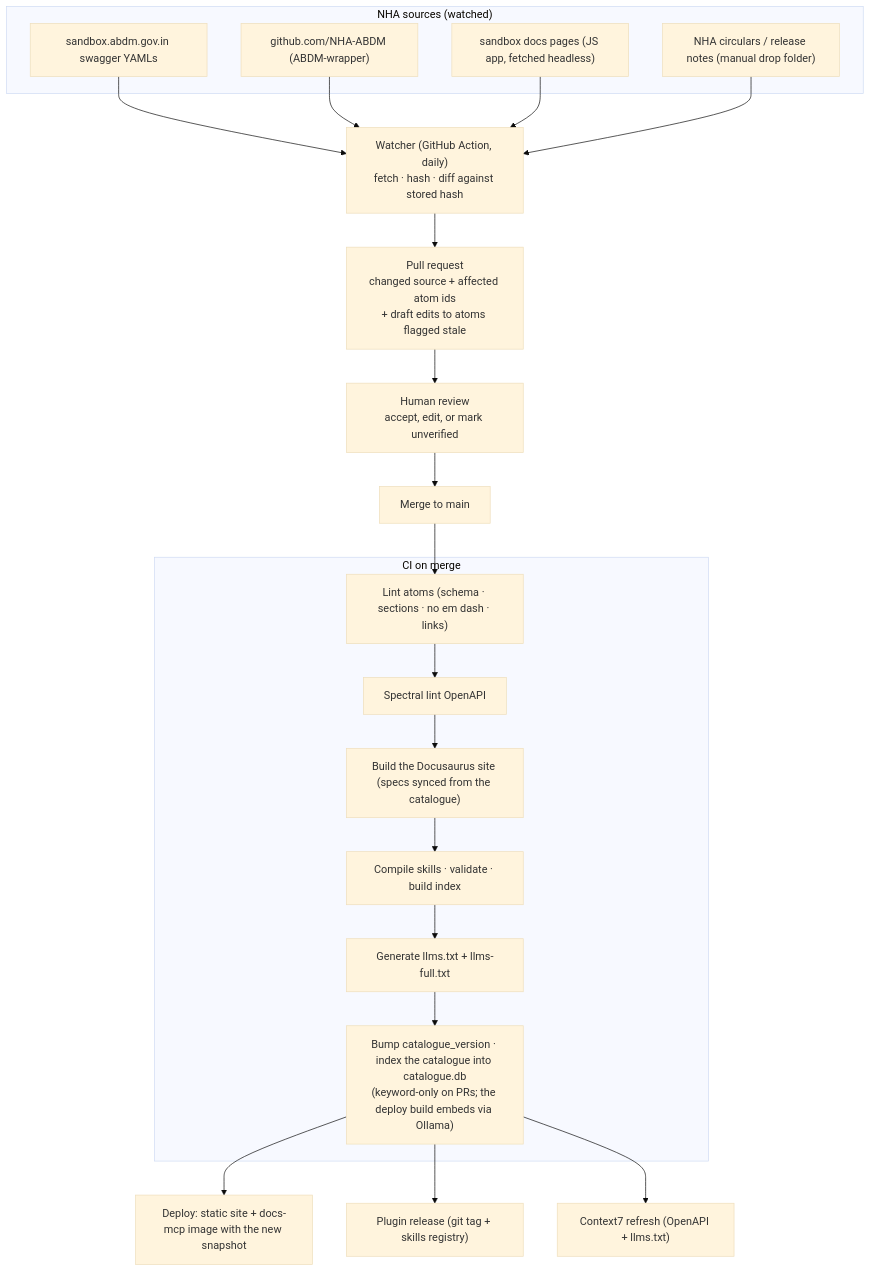
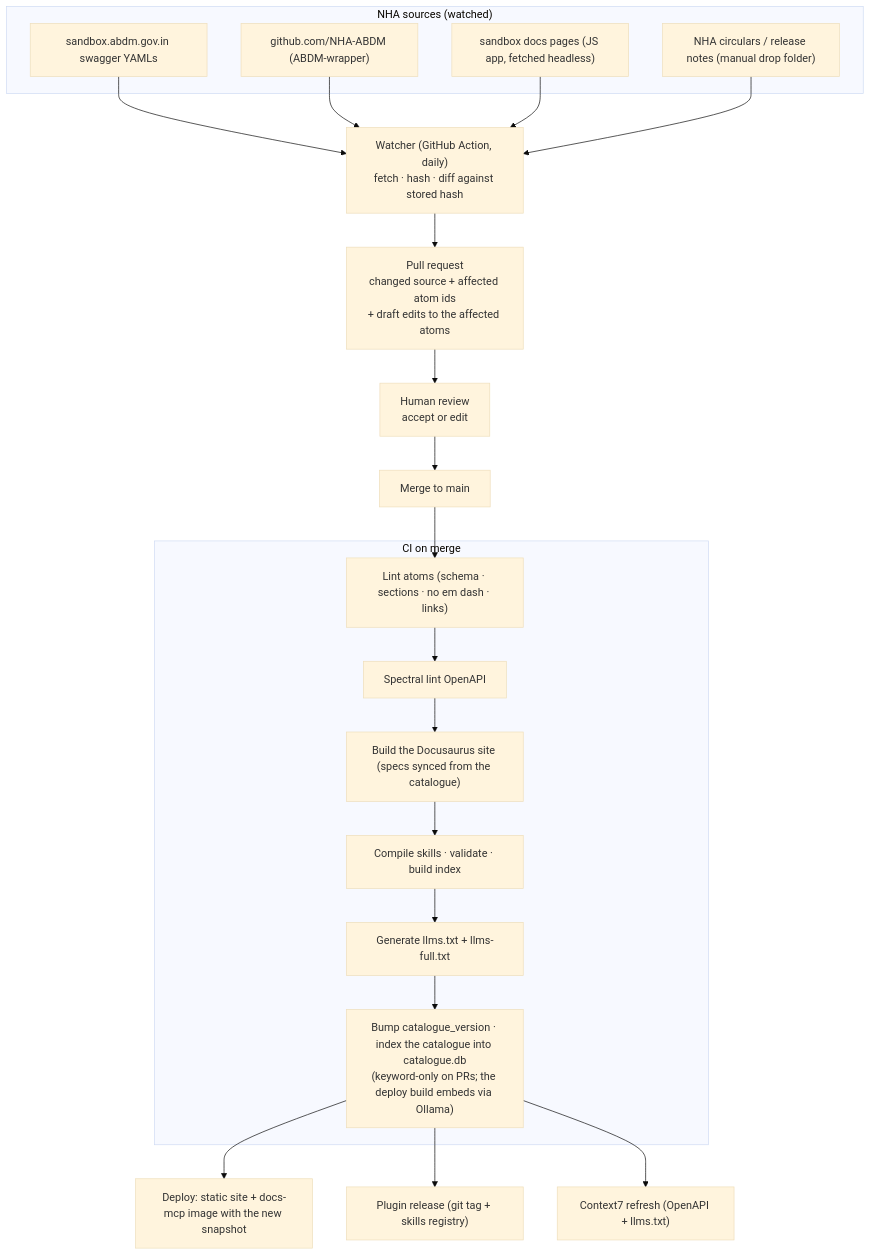
The sixth of 9 diagrams in plan/abdm-v1-phase1-architecture-and-plan.md (nha-in/docs), drawn with Mermaid (base theme) before and after one commit. The commit also changed other lines of this file and 820 other files, not shown here.

````diff
--- a/plan/abdm-v1-phase1-architecture-and-plan.md
+++ b/plan/abdm-v1-phase1-architecture-and-plan.md
@@ -374,33 +369,33 @@
 ```mermaid
 flowchart TB
     subgraph SOURCES["NHA sources (watched)"]
         S1["sandbox.abdm.gov.in swagger YAMLs"]
         S2["github.com/NHA-ABDM (ABDM-wrapper)"]
         S3["sandbox docs pages (JS app, fetched headless)"]
         S4["NHA circulars / release notes (manual drop folder)"]
     end
     W["Watcher (GitHub Action, daily)<br/>fetch · hash · diff against stored hash"]
-    PR["Pull request<br/>changed source + affected atom ids<br/>+ draft edits to atoms flagged stale"]
-    REV["Human review<br/>accept, edit, or mark unverified"]
+    PR["Pull request<br/>changed source + affected atom ids<br/>+ draft edits to the affected atoms"]
+    REV["Human review<br/>accept or edit"]
     MERGE["Merge to main"]
     subgraph BUILD["CI on merge"]
         B1["Lint atoms (schema · sections · no em dash · links)"]
         B2["Spectral lint OpenAPI"]
         B3["Build the Docusaurus site (specs synced from the catalogue)"]
         B4["Compile skills · validate · build index"]
         B5["Generate llms.txt + llms-full.txt"]
         B6["Bump catalogue_version · index the catalogue into catalogue.db<br/>(keyword-only on PRs; the deploy build embeds via Ollama)"]
     end
     PUB1["Deploy: static site + docs-mcp image with the new snapshot"]
     PUB2["Plugin release (git tag + skills registry)"]
     PUB3["Context7 refresh (OpenAPI + llms.txt)"]
 
     S1 --> W
     S2 --> W
     S3 --> W
     S4 --> W
     W --> PR --> REV --> MERGE --> B1 --> B2 --> B3 --> B4 --> B5 --> B6
     B6 --> PUB1
     B6 --> PUB2
     B6 --> PUB3
 ```
````
